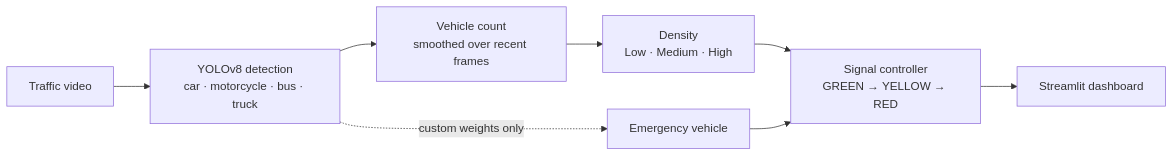
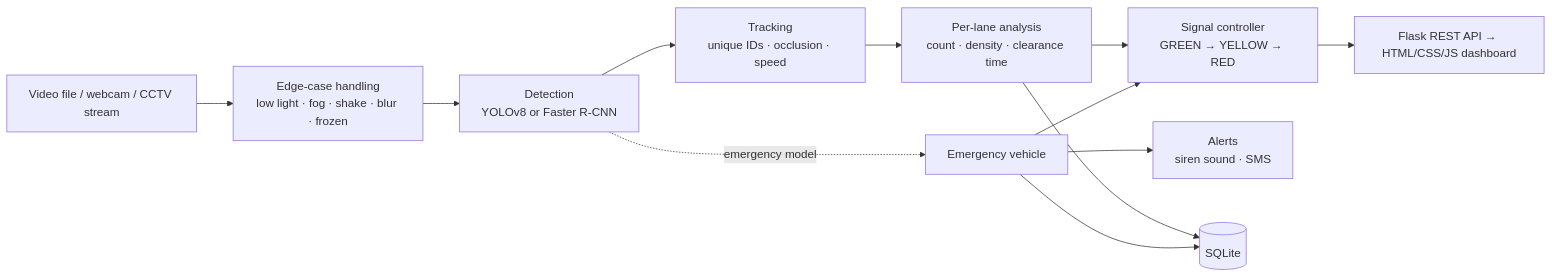
One commit to pavanadityav-ai/smart-traffic-management changed the diagram in README.md. Above: the diagram before and after it, drawn with Mermaid. The commit also changed other lines of this file and 3 other files, not shown here.

Commit message:
Rebuild as a Flask REST API app to my specification; new README

````diff
--- a/README.md
+++ b/README.md
@@ -14,9 +15,13 @@
 ```mermaid
 flowchart LR
-    A[Traffic video] --> B[YOLOv8 detection<br>car · motorcycle · bus · truck]
-    B --> C[Vehicle count<br>smoothed over recent frames]
-    C --> D[Density<br>Low · Medium · High]
-    D --> E[Signal controller<br>GREEN → YELLOW → RED]
-    B -. custom weights only .-> F[Emergency vehicle] --> E
-    E --> G[Streamlit dashboard]
+    V[Video file / webcam / CCTV stream] --> P[Edge-case handling<br>low light · fog · shake · blur · frozen]
+    P --> D[Detection<br>YOLOv8 or Faster R-CNN]
+    D --> T[Tracking<br>unique IDs · occlusion · speed]
+    T --> L[Per-lane analysis<br>count · density · clearance time]
+    L --> S[Signal controller<br>GREEN → YELLOW → RED]
+    D -. emergency model .-> E[Emergency vehicle] --> S
+    E --> A[Alerts<br>siren sound · SMS]
+    L --> DB[(SQLite)]
+    E --> DB
+    S --> W[Flask REST API → HTML/CSS/JS dashboard]
 ```
````
